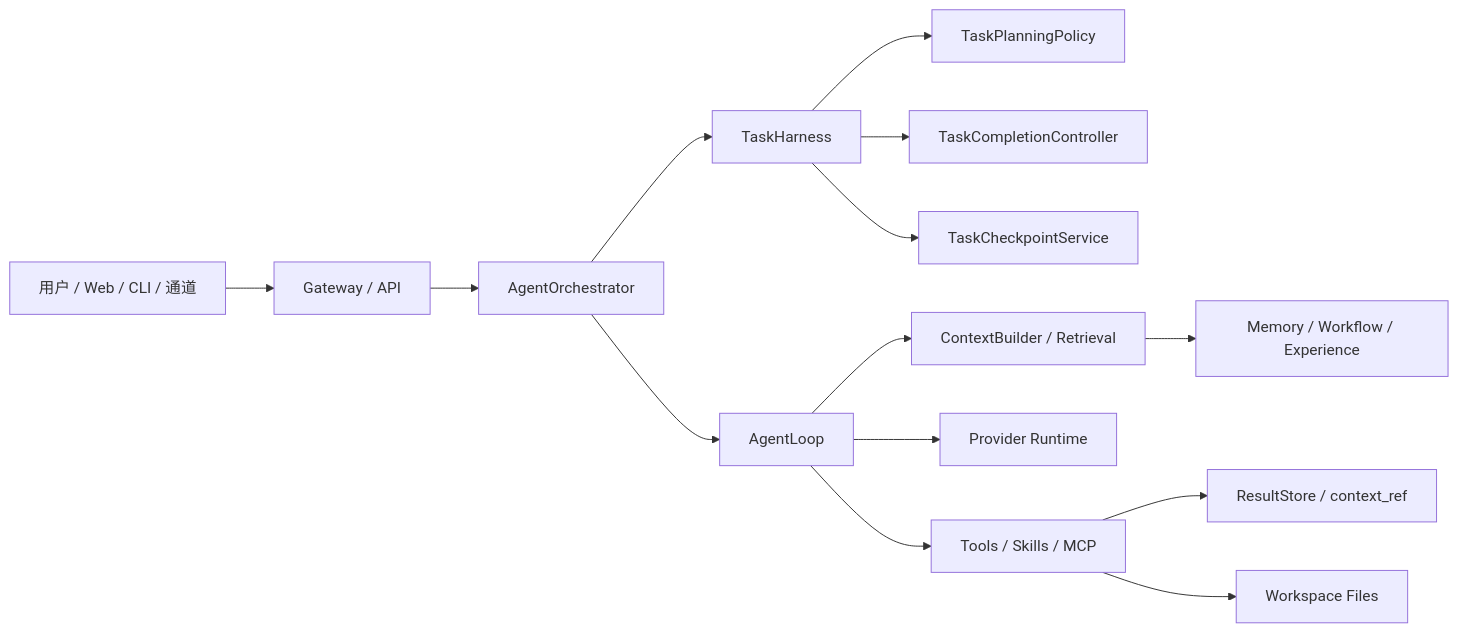
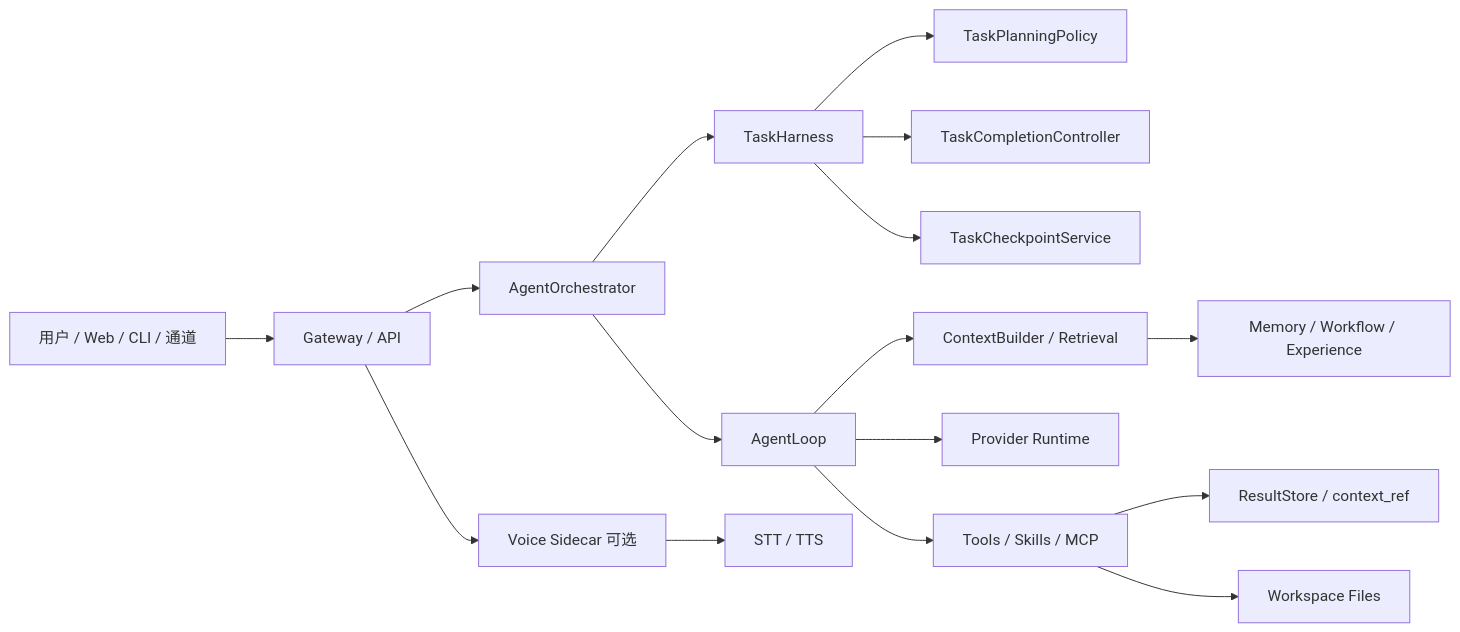
The diagram in README.md (liushenling2001/JobClaw), drawn with Mermaid before and after one commit. The commit also changed other lines of this file, not shown here.

Commit message:
Document local voice interaction

````diff
--- a/README.md
+++ b/README.md
@@ -24,16 +25,18 @@
 ```mermaid
 flowchart LR
     User["用户 / Web / CLI / 通道"] --> Gateway["Gateway / API"]
     Gateway --> Orchestrator["AgentOrchestrator"]
     Orchestrator --> Harness["TaskHarness"]
     Harness --> Planner["TaskPlanningPolicy"]
     Harness --> Completion["TaskCompletionController"]
     Harness --> Checkpoint["TaskCheckpointService"]
     Orchestrator --> Loop["AgentLoop"]
     Loop --> Context["ContextBuilder / Retrieval"]
     Context --> Memory["Memory / Workflow / Experience"]
     Loop --> LLM["Provider Runtime"]
     Loop --> Tools["Tools / Skills / MCP"]
     Tools --> ResultStore["ResultStore / context_ref"]
     Tools --> Files["Workspace Files"]
+    Gateway --> Voice["Voice Sidecar 可选"]
+    Voice --> Speech["STT / TTS"]
 ```
````
